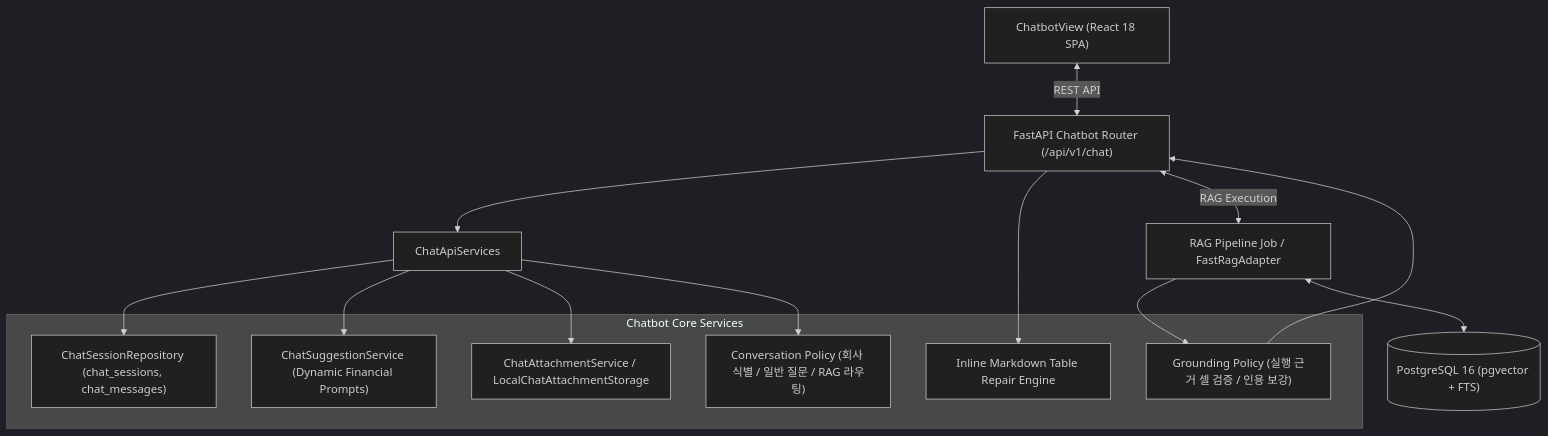
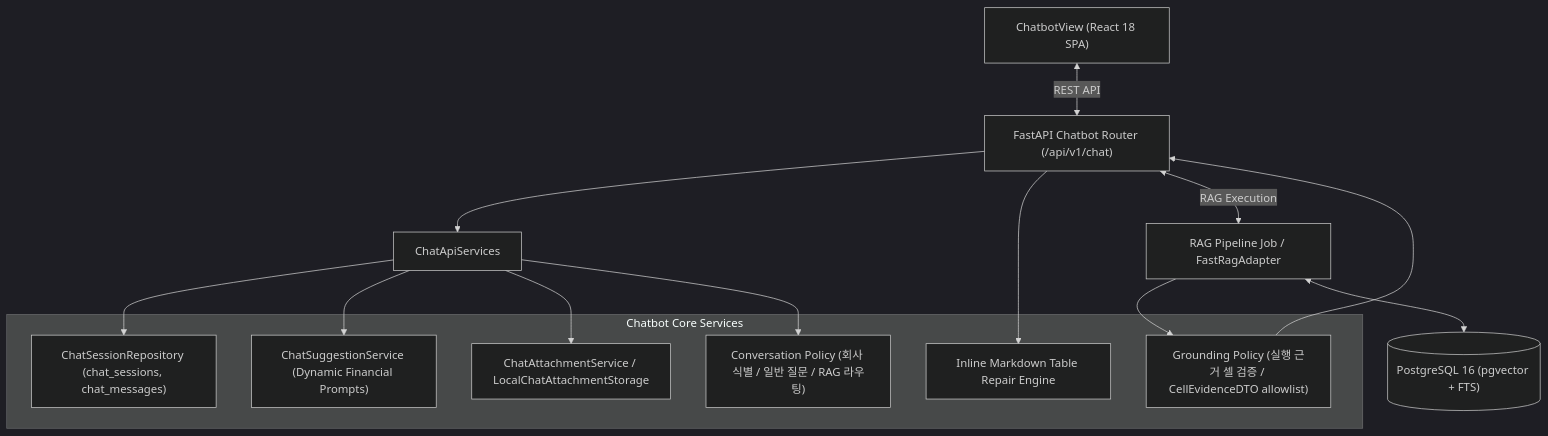
Before and after one commit to bist-mini-final/bist-mini-final: the diagram in docs/blueprints/04_workspace_blueprints/BP-404_ws_ai_financial_chatbot.md, drawn with Mermaid (dark theme). The commit also changed other lines of this file and 152 other files, not shown here.

````diff
--- a/docs/blueprints/04_workspace_blueprints/BP-404_ws_ai_financial_chatbot.md
+++ b/docs/blueprints/04_workspace_blueprints/BP-404_ws_ai_financial_chatbot.md
@@ -12,24 +12,24 @@
 ```mermaid
 flowchart TD
     UI["ChatbotView (React 18 SPA)"] <-->|REST API| ROUTER["FastAPI Chatbot Router (/api/v1/chat)"]
 
     subgraph ChatServices ["Chatbot Core Services"]
         REPO["ChatSessionRepository (chat_sessions, chat_messages)"]
         SUGG["ChatSuggestionService (Dynamic Financial Prompts)"]
         ATTACH["ChatAttachmentService / LocalChatAttachmentStorage"]
         CONV["Conversation Policy (회사 식별 / 일반 질문 / RAG 라우팅)"]
-        GROUND["Grounding Policy (실행 근거 셀 검증 / 인용 보강)"]
+        GROUND["Grounding Policy (실행 근거 셀 검증 / CellEvidenceDTO allowlist)"]
         TABLE_REP["Inline Markdown Table Repair Engine"]
     end
 
     ROUTER --> API["ChatApiServices"]
     API --> REPO
     API --> SUGG
     API --> ATTACH
     API --> CONV
     ROUTER --> TABLE_REP
     ROUTER <-->|RAG Execution| PIPELINE["RAG Pipeline Job / FastRagAdapter"]
     PIPELINE --> GROUND
     GROUND --> ROUTER
     PIPELINE <--> PG[("PostgreSQL 16 (pgvector + FTS)")]
 ```
````
